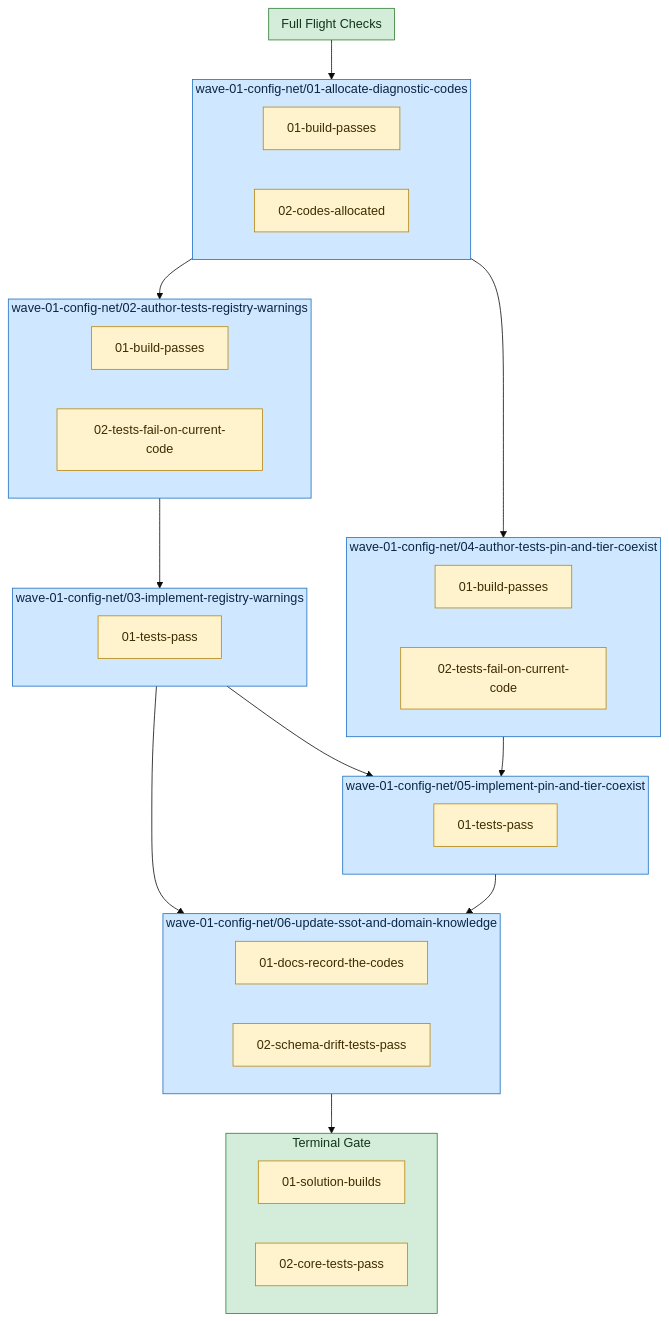
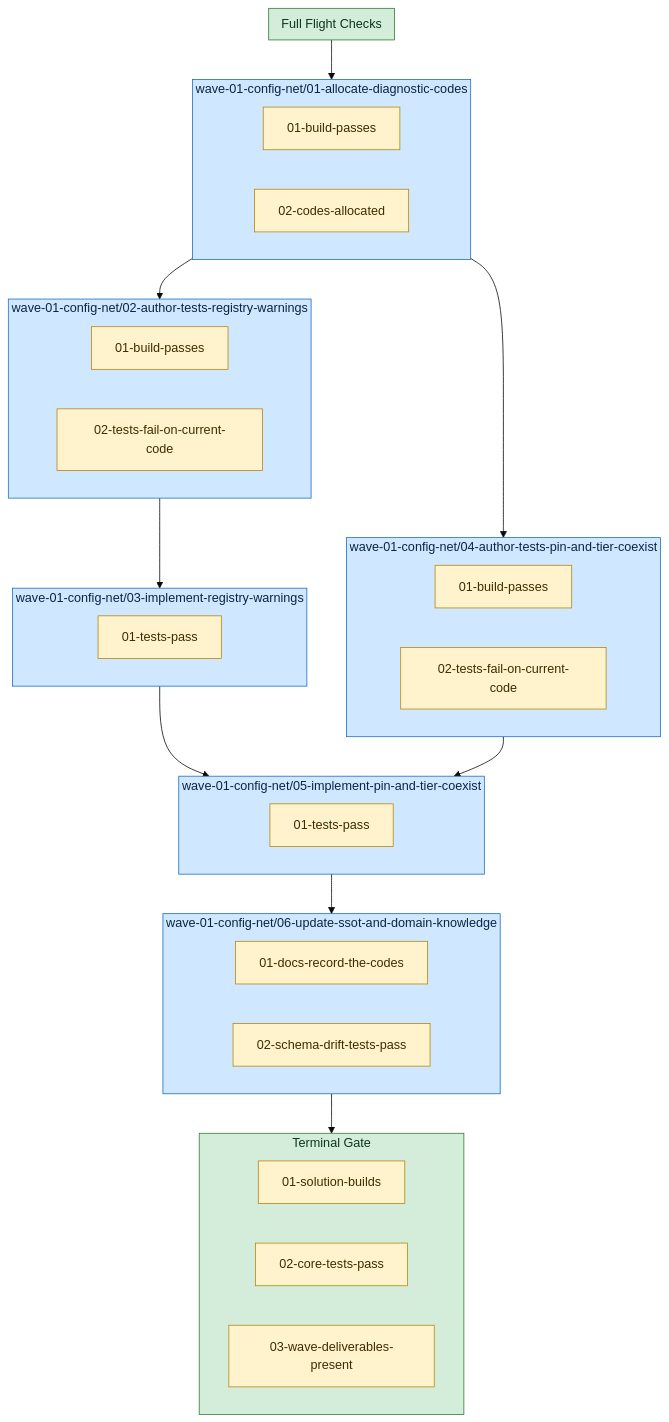
The diagram in docs/plans/model-tiering-stage-3/wave-01-config-net/diagram.md (Servant-Software-LLC/Guardrails), drawn with Mermaid (base theme) before and after one commit. The commit also changed other lines of this file and 18 other files, not shown here.

````diff
--- a/docs/plans/model-tiering-stage-3/wave-01-config-net/diagram.md
+++ b/docs/plans/model-tiering-stage-3/wave-01-config-net/diagram.md
@@ -3,50 +3,50 @@
 ```mermaid
 flowchart TD
   subgraph plan_preflights["Full Flight Checks"]
   end
   style plan_preflights fill:#d4edda,stroke:#2e7d32,color:#10341a;
   subgraph task_wave_01_config_net_01_allocate_diagnostic_codes["wave-01-config-net/01-allocate-diagnostic-codes"]
     task_wave_01_config_net_01_allocate_diagnostic_codes_gr_0["01-build-passes"]:::guardrail
     task_wave_01_config_net_01_allocate_diagnostic_codes_gr_1["02-codes-allocated"]:::guardrail
   end
   style task_wave_01_config_net_01_allocate_diagnostic_codes fill:#cfe8ff,stroke:#1b6ec2,color:#0b2545;
   subgraph task_wave_01_config_net_02_author_tests_registry_warnings["wave-01-config-net/02-author-tests-registry-warnings"]
     task_wave_01_config_net_02_author_tests_registry_warnings_gr_0["01-build-passes"]:::guardrail
     task_wave_01_config_net_02_author_tests_registry_warnings_gr_1["02-tests-fail-on-current-code"]:::guardrail
   end
   style task_wave_01_config_net_02_author_tests_registry_warnings fill:#cfe8ff,stroke:#1b6ec2,color:#0b2545;
   subgraph task_wave_01_config_net_03_implement_registry_warnings["wave-01-config-net/03-implement-registry-warnings"]
     task_wave_01_config_net_03_implement_registry_warnings_gr_0["01-tests-pass"]:::guardrail
   end
   style task_wave_01_config_net_03_implement_registry_warnings fill:#cfe8ff,stroke:#1b6ec2,color:#0b2545;
   subgraph task_wave_01_config_net_04_author_tests_pin_and_tier_coexist["wave-01-config-net/04-author-tests-pin-and-tier-coexist"]
     task_wave_01_config_net_04_author_tests_pin_and_tier_coexist_gr_0["01-build-passes"]:::guardrail
     task_wave_01_config_net_04_author_tests_pin_and_tier_coexist_gr_1["02-tests-fail-on-current-code"]:::guardrail
   end
   style task_wave_01_config_net_04_author_tests_pin_and_tier_coexist fill:#cfe8ff,stroke:#1b6ec2,color:#0b2545;
   subgraph task_wave_01_config_net_05_implement_pin_and_tier_coexist["wave-01-config-net/05-implement-pin-and-tier-coexist"]
     task_wave_01_config_net_05_implement_pin_and_tier_coexist_gr_0["01-tests-pass"]:::guardrail
   end
   style task_wave_01_config_net_05_implement_pin_and_tier_coexist fill:#cfe8ff,stroke:#1b6ec2,color:#0b2545;
   subgraph task_wave_01_config_net_06_update_ssot_and_domain_knowledge["wave-01-config-net/06-update-ssot-and-domain-knowledge"]
     task_wave_01_config_net_06_update_ssot_and_domain_knowledge_gr_0["01-docs-record-the-codes"]:::guardrail
     task_wave_01_config_net_06_update_ssot_and_domain_knowledge_gr_1["02-schema-drift-tests-pass"]:::guardrail
   end
   style task_wave_01_config_net_06_update_ssot_and_domain_knowledge fill:#cfe8ff,stroke:#1b6ec2,color:#0b2545;
   subgraph plan_guardrails["Terminal Gate"]
     plan_guardrails_0["01-solution-builds"]:::guardrail
     plan_guardrails_1["02-core-tests-pass"]:::guardrail
+    plan_guardrails_2["03-wave-deliverables-present"]:::guardrail
   end
   style plan_guardrails fill:#d4edda,stroke:#2e7d32,color:#10341a;
   plan_preflights --> task_wave_01_config_net_01_allocate_diagnostic_codes
   task_wave_01_config_net_01_allocate_diagnostic_codes --> task_wave_01_config_net_02_author_tests_registry_warnings
   task_wave_01_config_net_01_allocate_diagnostic_codes --> task_wave_01_config_net_04_author_tests_pin_and_tier_coexist
   task_wave_01_config_net_02_author_tests_registry_warnings --> task_wave_01_config_net_03_implement_registry_warnings
   task_wave_01_config_net_03_implement_registry_warnings --> task_wave_01_config_net_05_implement_pin_and_tier_coexist
-  task_wave_01_config_net_03_implement_registry_warnings --> task_wave_01_config_net_06_update_ssot_and_domain_knowledge
   task_wave_01_config_net_04_author_tests_pin_and_tier_coexist --> task_wave_01_config_net_05_implement_pin_and_tier_coexist
   task_wave_01_config_net_05_implement_pin_and_tier_coexist --> task_wave_01_config_net_06_update_ssot_and_domain_knowledge
   task_wave_01_config_net_06_update_ssot_and_domain_knowledge --> plan_guardrails
   classDef preflight fill:#e6d7ff,stroke:#6f42c1,color:#2e1065;
   classDef guardrail fill:#fff3cd,stroke:#b8860b,color:#3d2c00;
 ```
````
